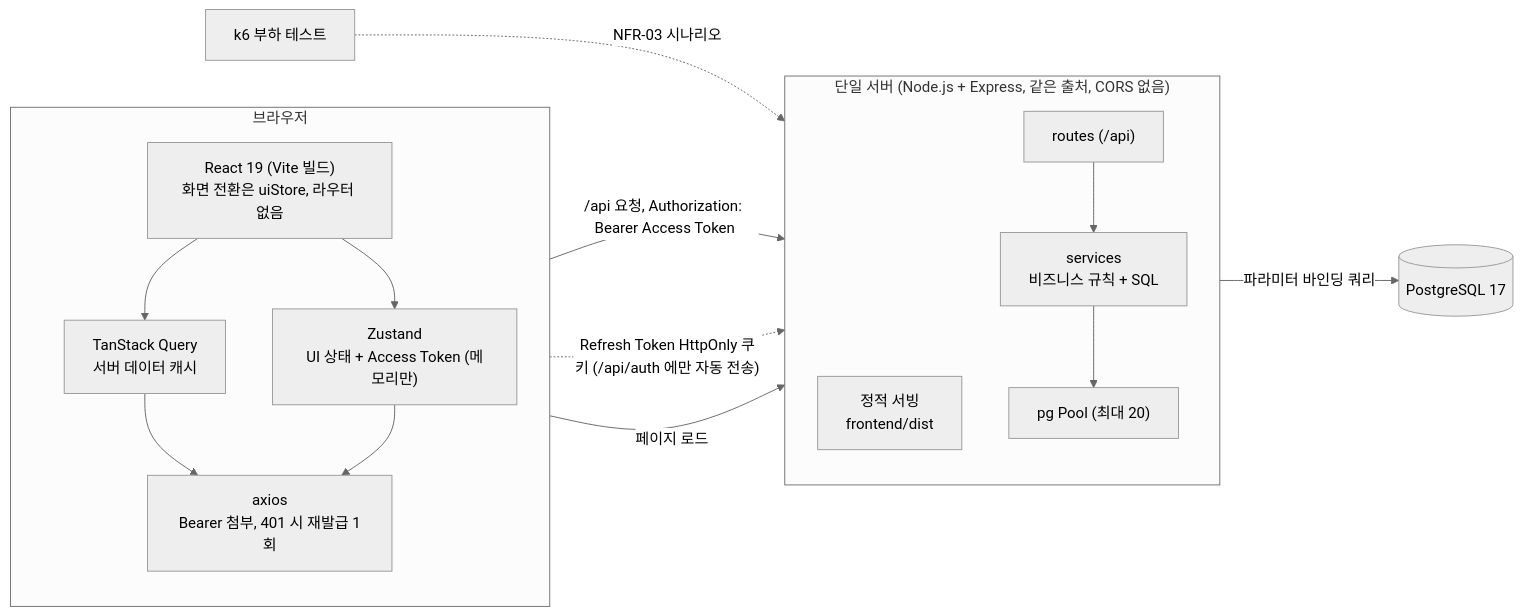
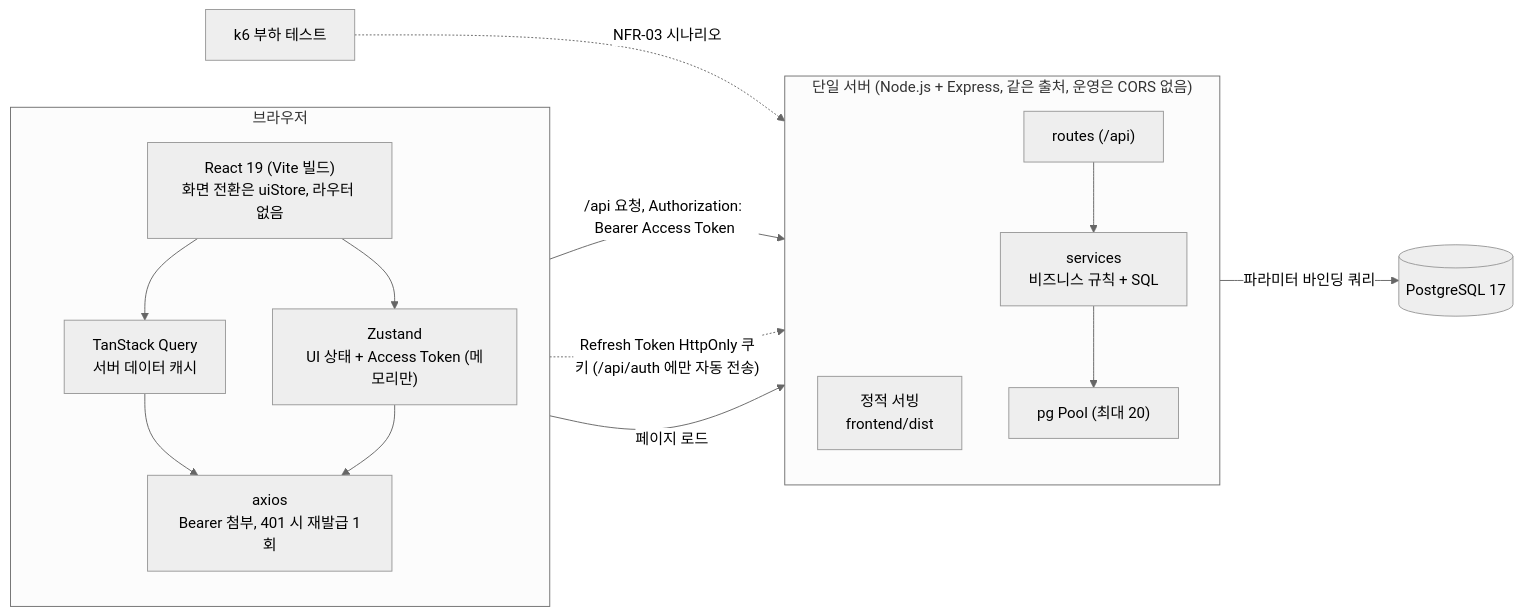
The diagram in docs/6-arch-diagram.md (seungju18/team-caltalk), drawn with Mermaid (neutral theme) before and after one commit. The commit also changed other lines of this file and 46 other files, not shown here.

````diff
--- a/docs/6-arch-diagram.md
+++ b/docs/6-arch-diagram.md
@@ -16,32 +17,32 @@
 ```mermaid
 flowchart LR
     subgraph Browser["브라우저"]
         direction TB
         React["React 19 (Vite 빌드)<br/>화면 전환은 uiStore, 라우터 없음"]
         Zustand["Zustand<br/>UI 상태 + Access Token (메모리만)"]
         TQ["TanStack Query<br/>서버 데이터 캐시"]
         Axios["axios<br/>Bearer 첨부, 401 시 재발급 1회"]
         React --> Zustand
         React --> TQ
         TQ --> Axios
         Zustand --> Axios
     end
 
-    subgraph Server["단일 서버 (Node.js + Express, 같은 출처, CORS 없음)"]
+    subgraph Server["단일 서버 (Node.js + Express, 같은 출처, 운영은 CORS 없음)"]
         direction TB
         Static["정적 서빙<br/>frontend/dist"]
         Routes["routes (/api)"]
         Services["services<br/>비즈니스 규칙 + SQL"]
         Pool["pg Pool (최대 20)"]
         Routes --> Services --> Pool
     end
 
     DB[("PostgreSQL 17")]
     K6["k6 부하 테스트"]
 
     Browser -->|"페이지 로드"| Static
     Axios -->|"/api 요청, Authorization: Bearer Access Token"| Routes
     Axios -.->|"Refresh Token HttpOnly 쿠키 (/api/auth 에만 자동 전송)"| Routes
     Pool -->|"파라미터 바인딩 쿼리"| DB
     K6 -.->|"NFR-03 시나리오"| Routes
 ```
````
